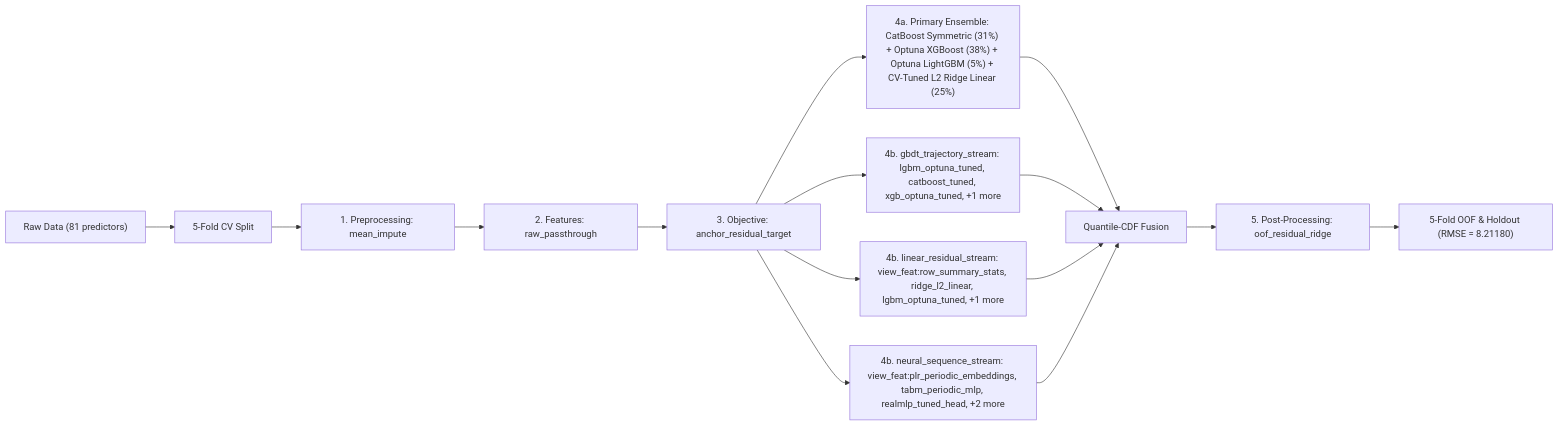
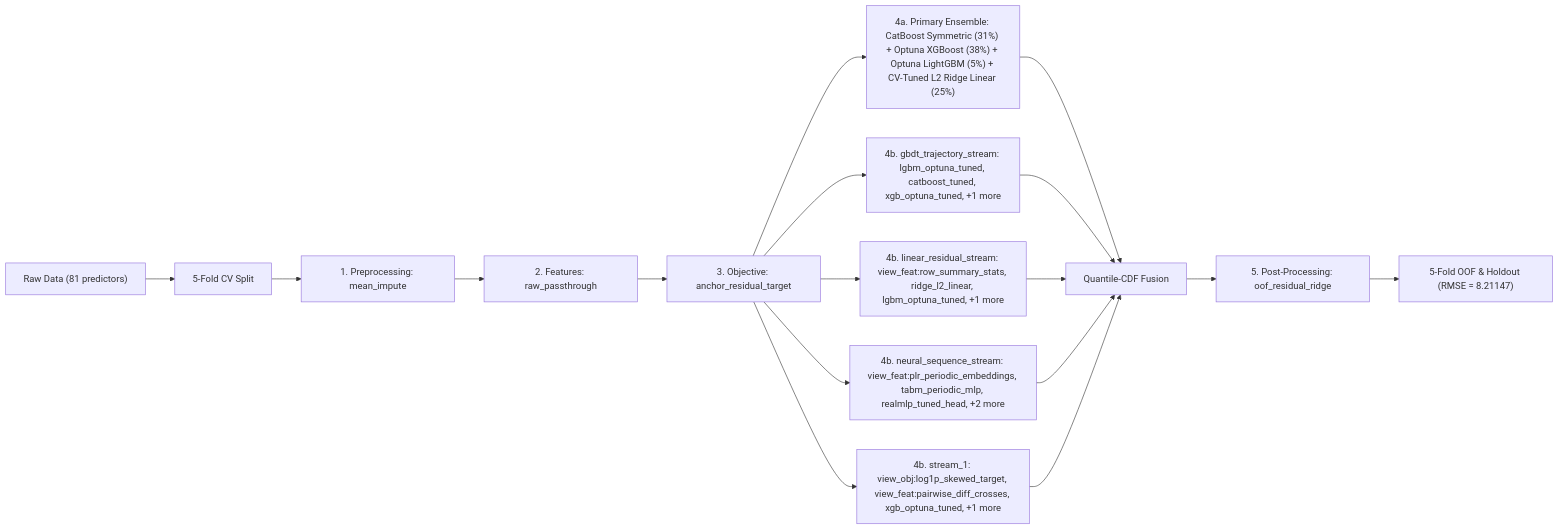
One commit to stefanoclss/ROGII-Wellbore-Geology-Prediction changed the diagram in README.md. Above: the diagram before and after it, drawn with Mermaid. The commit also changed other lines of this file, not shown here.

First line of the commit message:
docs(readme): refresh verified OOF benchmark & build ledger (RMSE=8.21147)

````diff
--- a/README.md
+++ b/README.md
@@ -77,17 +79,19 @@
 ```mermaid
 flowchart LR
     DATA["Raw Data (81 predictors)"] --> SPLIT["5-Fold CV Split"]
     SPLIT --> PRE["1. Preprocessing: mean_impute"]
     PRE --> FEAT["2. Features: raw_passthrough"]
     FEAT --> OBJ["3. Objective: anchor_residual_target"]
     OBJ --> M0["4a. Primary Ensemble: CatBoost Symmetric (31%) + Optuna XGBoost (38%) + Optuna LightGBM (5%) + CV-Tuned L2 Ridge Linear (25%)"]
     M0 --> FUSE["Quantile-CDF Fusion"]
     OBJ --> S1["4b. gbdt_trajectory_stream: lgbm_optuna_tuned, catboost_tuned, xgb_optuna_tuned, +1 more"]
     S1 --> FUSE
     OBJ --> S2["4b. linear_residual_stream: view_feat:row_summary_stats, ridge_l2_linear, lgbm_optuna_tuned, +1 more"]
     S2 --> FUSE
     OBJ --> S3["4b. neural_sequence_stream: view_feat:plr_periodic_embeddings, tabm_periodic_mlp, realmlp_tuned_head, +2 more"]
     S3 --> FUSE
+    OBJ --> S4["4b. stream_1: view_obj:log1p_skewed_target, view_feat:pairwise_diff_crosses, xgb_optuna_tuned, +1 more"]
+    S4 --> FUSE
     FUSE --> POST["5. Post-Processing: oof_residual_ridge"]
-    POST --> OUT["5-Fold OOF & Holdout (RMSE = 8.21180)"]
+    POST --> OUT["5-Fold OOF & Holdout (RMSE = 8.21147)"]
 ```
````
